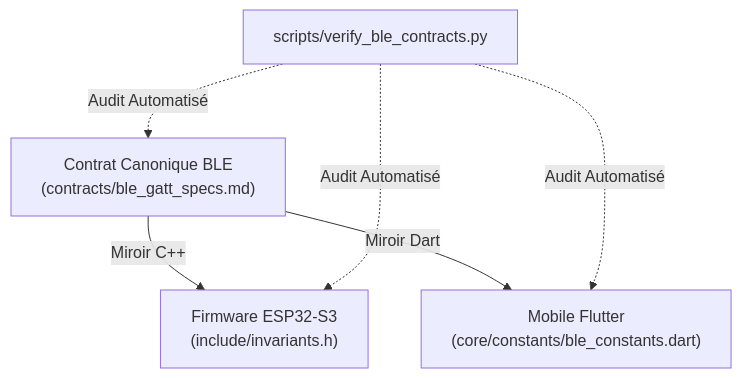
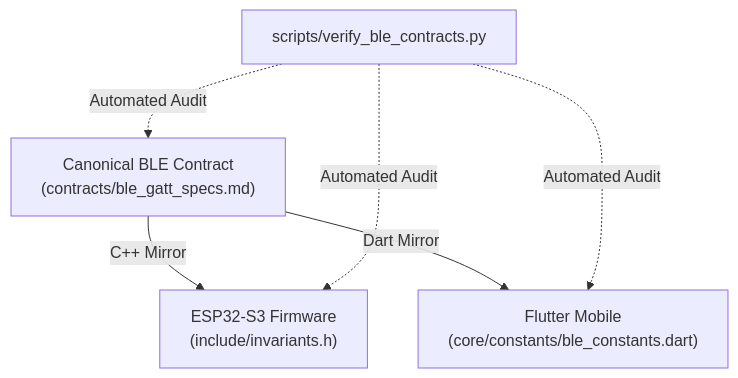
The second of 2 diagrams in docs/architecture/spec_first_workflow.md (daverck/health-kicks-ecosystem), drawn with Mermaid before and after one commit. The commit also changed other lines of this file and 20 other files, not shown here.

````diff
--- a/docs/architecture/spec_first_workflow.md
+++ b/docs/architecture/spec_first_workflow.md
@@ -83,9 +83,9 @@
 ```mermaid
 flowchart TD
-    Contract["Contrat Canonique BLE<br/>(contracts/ble_gatt_specs.md)"]
-    Contract -->|Miroir C++| FW["Firmware ESP32-S3<br/>(include/invariants.h)"]
-    Contract -->|Miroir Dart| Mob["Mobile Flutter<br/>(core/constants/ble_constants.dart)"]
-    Verif["scripts/verify_ble_contracts.py"] -.->|Audit Automatisé| Contract
-    Verif -.->|Audit Automatisé| FW
-    Verif -.->|Audit Automatisé| Mob
+    Contract["Canonical BLE Contract<br/>(contracts/ble_gatt_specs.md)"]
+    Contract -->|C++ Mirror| FW["ESP32-S3 Firmware<br/>(include/invariants.h)"]
+    Contract -->|Dart Mirror| Mob["Flutter Mobile<br/>(core/constants/ble_constants.dart)"]
+    Verif["scripts/verify_ble_contracts.py"] -.->|Automated Audit| Contract
+    Verif -.->|Automated Audit| FW
+    Verif -.->|Automated Audit| Mob
 ```
````
